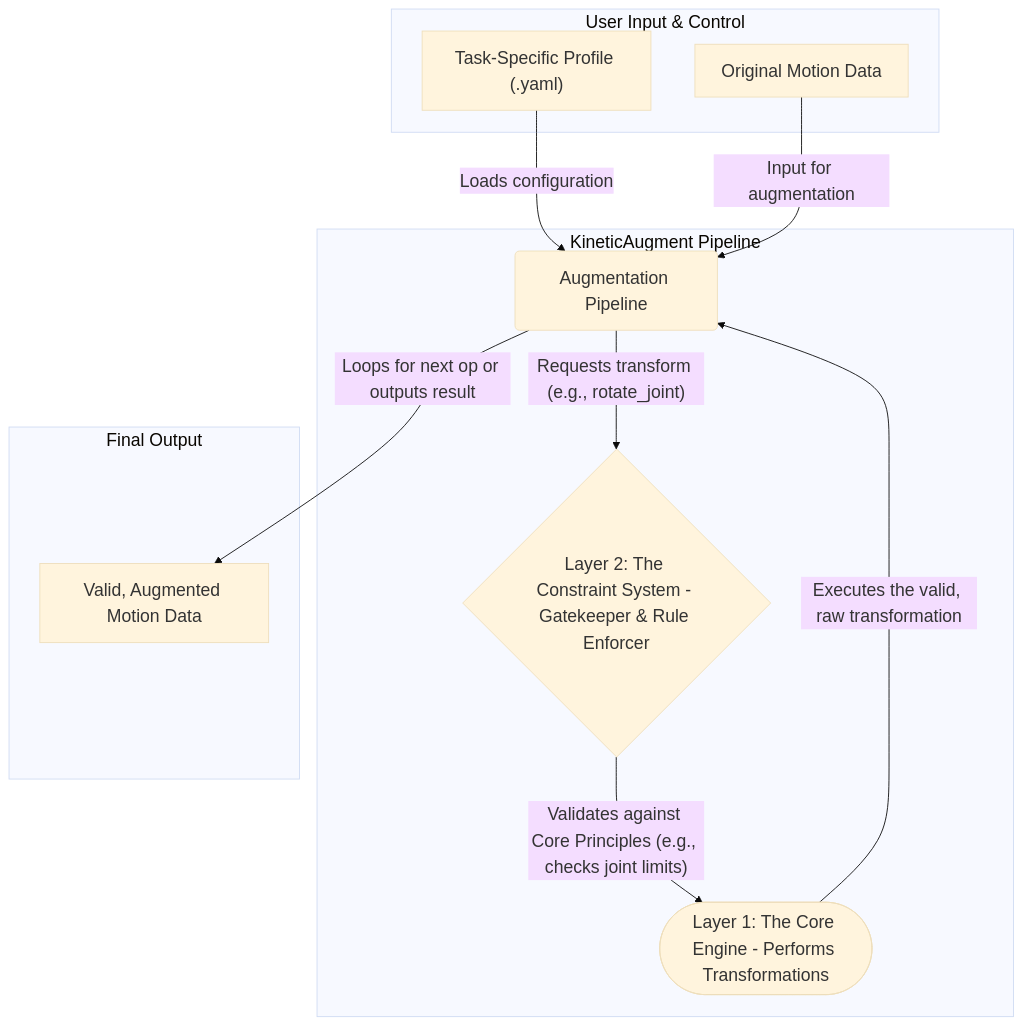
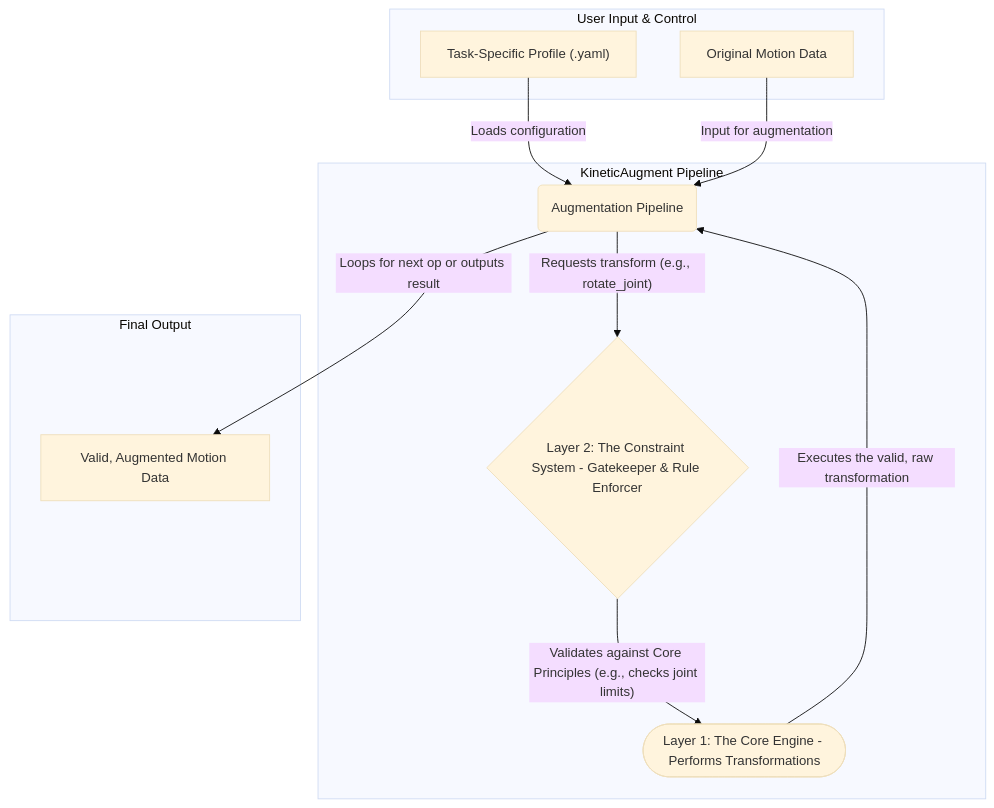
Before and after one commit to YouSoPugly/KineticAugment: the diagram in docs/02_Framework_Architecture.md, drawn with Mermaid.

Commit message:
Adjust font size in framework architecture diagram
Updated the font size in the diagram for better readability.

````diff
--- a/docs/02_Framework_Architecture.md
+++ b/docs/02_Framework_Architecture.md
@@ -16,28 +16,28 @@
 ```mermaid
-%%{init: {'theme': 'base', 'themeVariables': { 'fontSize': '20px', 'fontFamily': 'Inter'}}}%%
+%%{init: {'theme': 'base', 'themeVariables': { 'fontSize': '15px', 'fontFamily': 'Inter'}}}%%
 graph TD
     subgraph "User Input & Control"
         TaskProfile["Task-Specific Profile (.yaml)"]
         MotionData["Original Motion Data"]
     end
 
     subgraph "KineticAugment Pipeline"
         Pipeline("Augmentation Pipeline")
         ConstraintSystem{"Layer 2: The Constraint System - Gatekeeper & Rule Enforcer"}
         CoreEngine(["Layer 1: The Core Engine - Performs Transformations"])
     end
 
     subgraph "Final Output"
         AugmentedData["Valid, Augmented Motion Data"]
     end
 
     %% Define Data Flow
     TaskProfile -- "Loads configuration" --> Pipeline
     MotionData -- "Input for augmentation" --> Pipeline
 
     Pipeline -- "Requests transform (e.g., rotate_joint)" --> ConstraintSystem
     ConstraintSystem -- "Validates against Core Principles (e.g., checks joint limits)" --> CoreEngine
     CoreEngine -- "Executes the valid, raw transformation" --> Pipeline
     Pipeline -- "Loops for next op or outputs result" --> AugmentedData
 
 ```
````
